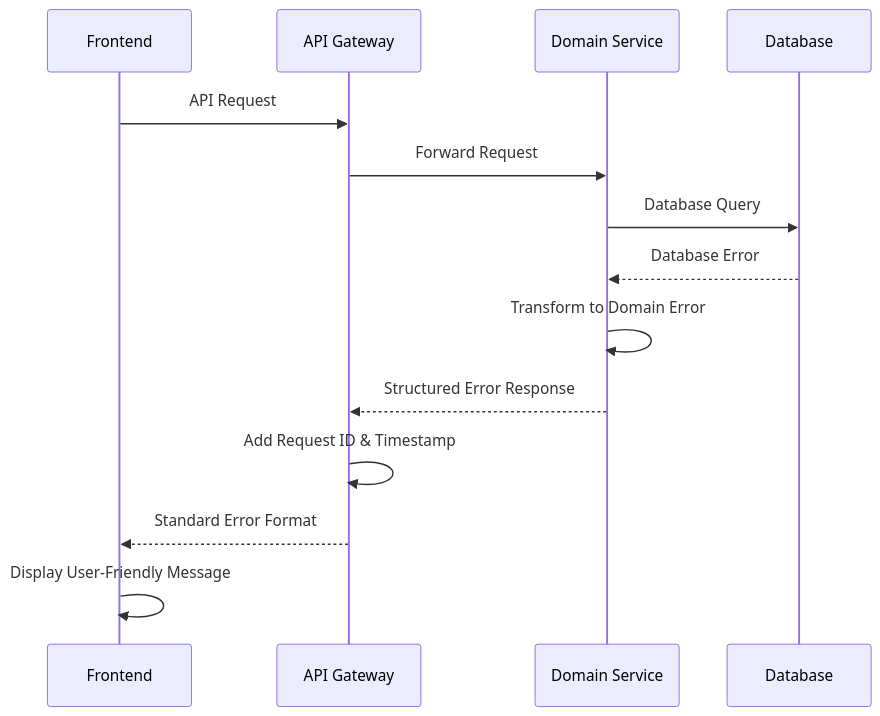
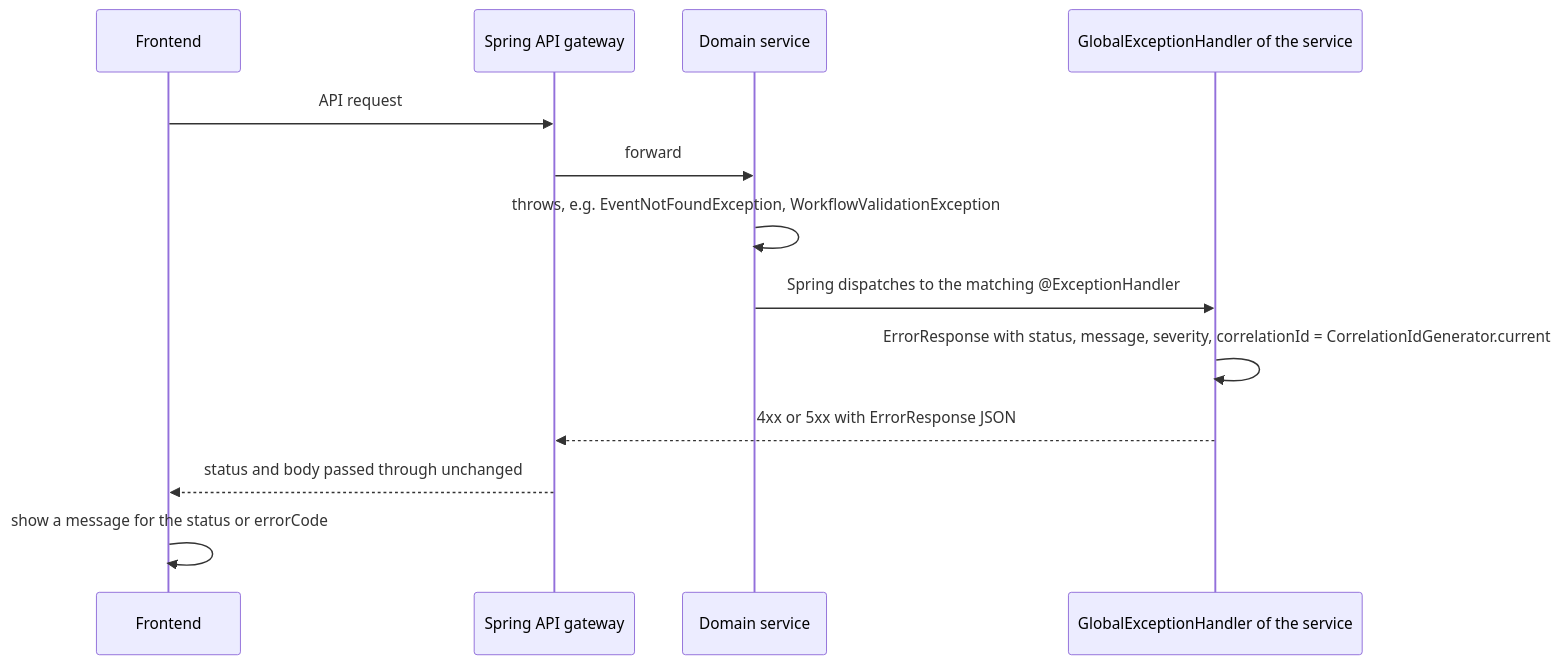
Before and after one commit to nissimbuchs/BATbern2: the third of 14 diagrams in docs/architecture/06-backend-architecture.md, drawn with Mermaid. The commit also changed other lines of this file and 164 other files, not shown here.

First line of the commit message:
docs: documentation audit before BATbern60 (user guide, screenshots, PRD, architecture diagrams) (#1224)

````diff
--- a/docs/architecture/06-backend-architecture.md
+++ b/docs/architecture/06-backend-architecture.md
@@ -262,17 +295,16 @@
 ```mermaid
 sequenceDiagram
     participant FE as Frontend
-    participant GW as API Gateway
-    participant Service as Domain Service
-    participant DB as Database
+    participant GW as Spring API gateway
+    participant Svc as Domain service
+    participant H as GlobalExceptionHandler of the service
 
-    FE->>GW: API Request
-    GW->>Service: Forward Request
-    Service->>DB: Database Query
-    DB-->>Service: Database Error
-    Service->>Service: Transform to Domain Error
-    Service-->>GW: Structured Error Response
-    GW->>GW: Add Request ID & Timestamp
-    GW-->>FE: Standard Error Format
-    FE->>FE: Display User-Friendly Message
+    FE->>GW: API request
+    GW->>Svc: forward
+    Svc->>Svc: throws, e.g. EventNotFoundException, WorkflowValidationException
+    Svc->>H: Spring dispatches to the matching @ExceptionHandler
+    H->>H: ErrorResponse with status, message, severity, correlationId = CorrelationIdGenerator.current
+    H-->>GW: 4xx or 5xx with ErrorResponse JSON
+    GW-->>FE: status and body passed through unchanged
+    FE->>FE: show a message for the status or errorCode
 ```
````
